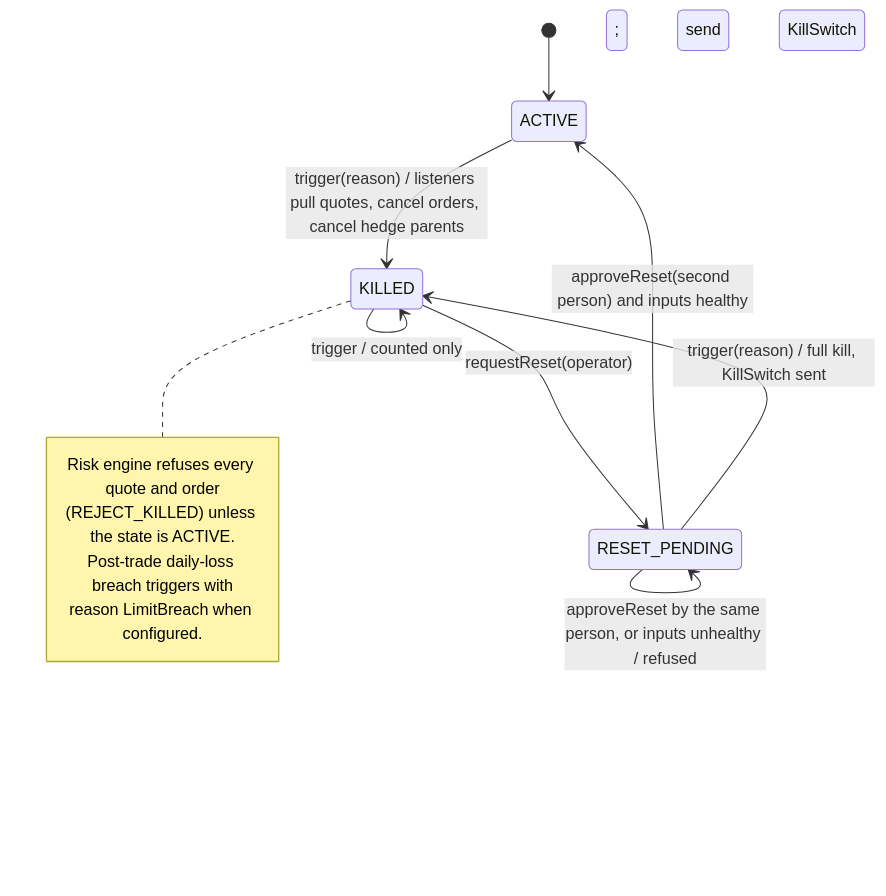
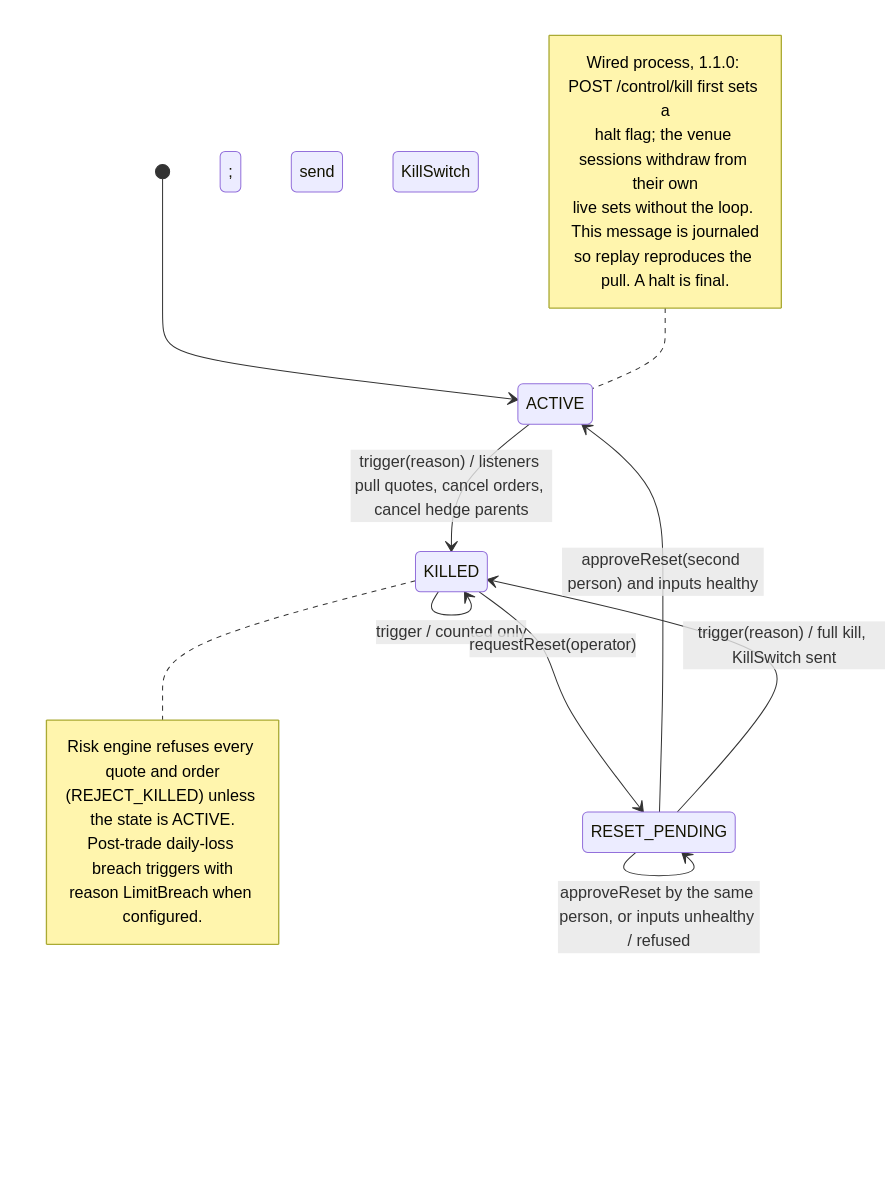
The diagram in docs/diagrams/kill_switch_state.mmd (AshJha0/rates-algo-trading), drawn with Mermaid before and after one commit. The commit also changed 8 other files, not shown here.

Commit message:
docs: review follow-up (corrections, finding status), STATUS fix-round row and open items by round, architecture and diagrams for the kill path, supervisor and cancel rejects, runbooks index

```diff
--- a/docs/diagrams/kill_switch_state.mmd
+++ b/docs/diagrams/kill_switch_state.mmd
@@ -1,14 +1,20 @@
 stateDiagram-v2
   [*] --> ACTIVE
   ACTIVE --> KILLED: trigger(reason) / listeners pull quotes, cancel orders, cancel hedge parents; send KillSwitch
   KILLED --> KILLED: trigger / counted only
   KILLED --> RESET_PENDING: requestReset(operator)
   RESET_PENDING --> RESET_PENDING: approveReset by the same person, or inputs unhealthy / refused
   RESET_PENDING --> ACTIVE: approveReset(second person) and inputs healthy
   RESET_PENDING --> KILLED: trigger(reason) / full kill, KillSwitch sent
   note right of KILLED
     Risk engine refuses every quote and order
     (REJECT_KILLED) unless the state is ACTIVE.
     Post-trade daily-loss breach triggers with
     reason LimitBreach when configured.
   end note
+  note left of ACTIVE
+    Wired process, 1.1.0: POST /control/kill first sets a
+    halt flag; the venue sessions withdraw from their own
+    live sets without the loop. This message is journaled
+    so replay reproduces the pull. A halt is final.
+  end note
```
